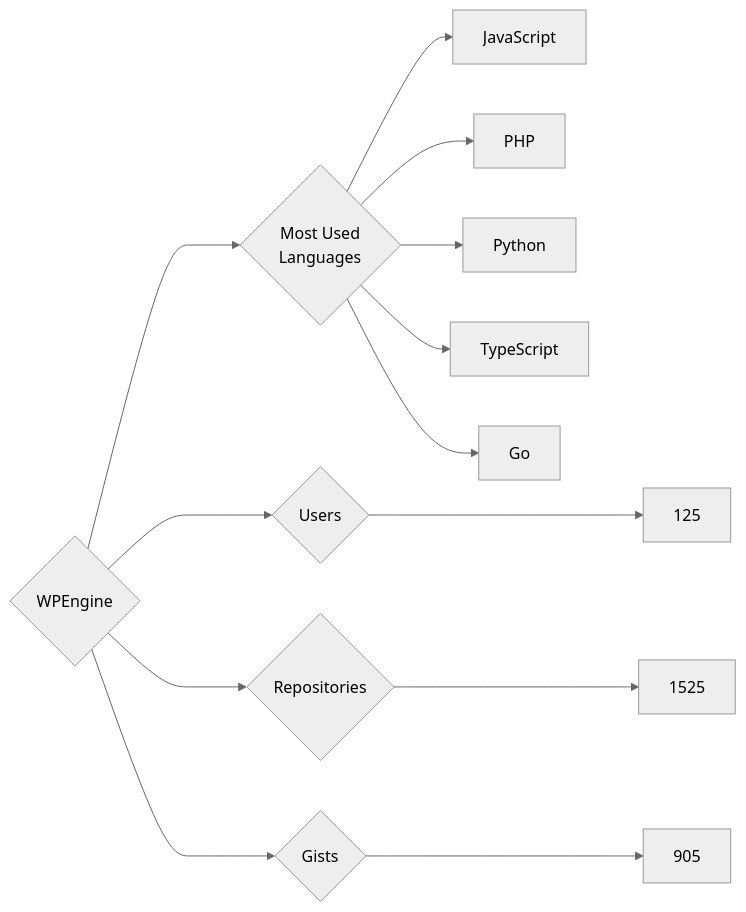
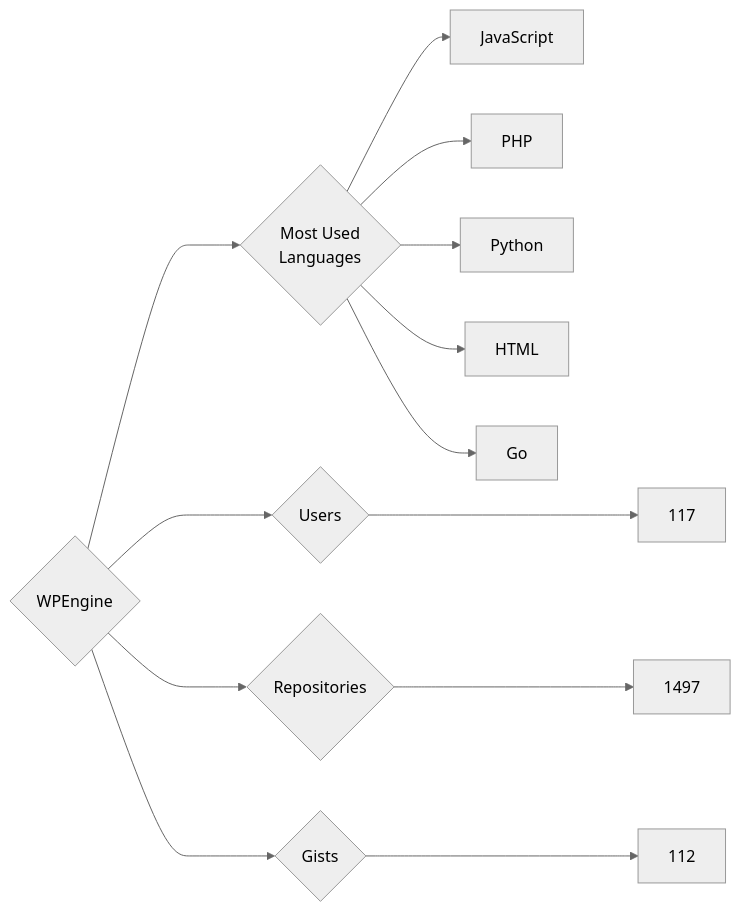
Before and after one commit to trickest/insiders: the diagram in targets/WPEngine/README.md, drawn with Mermaid (neutral theme). The commit also changed 1248 other files, not shown here.

````diff
--- a/targets/WPEngine/README.md
+++ b/targets/WPEngine/README.md
@@ -3,13 +3,13 @@
 ```mermaid
 graph LR
 COMPANY_NAME{WPEngine}
-COMPANY_NAME ---> U{Users} ---> UN[125]
-COMPANY_NAME ---> R{Repositories} ---> RN[1525]
-COMPANY_NAME ---> G{Gists} ---> GN[905]
+COMPANY_NAME ---> U{Users} ---> UN[117]
+COMPANY_NAME ---> R{Repositories} ---> RN[1497]
+COMPANY_NAME ---> G{Gists} ---> GN[112]
 COMPANY_NAME ---> ML{Most Used<br>Languages}
 ML --> JavaScript[JavaScript]
 ML --> PHP[PHP]
 ML --> Python[Python]
-ML --> TypeScript[TypeScript]
+ML --> HTML[HTML]
 ML --> Go[Go]
 ```
````
